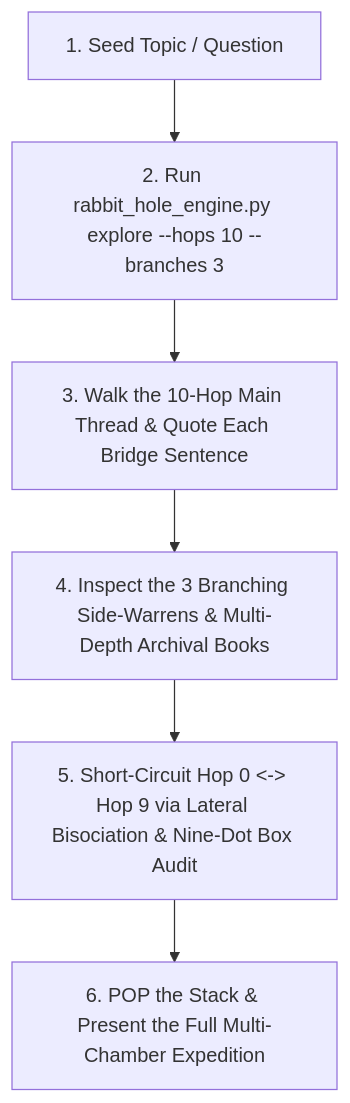
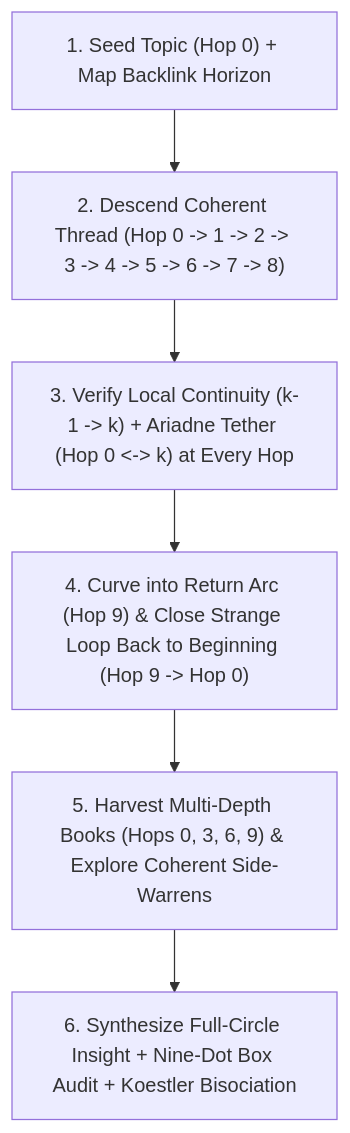
Before and after one commit to Beardedfreedom/rabbit-hole-curiosity: the diagram in SKILL.md, drawn with Mermaid. The commit also changed other lines of this file and 2 other files, not shown here.

Commit message:
Upgrade to v3.0: Coherent hop-to-hop narrative bridges + Ariadne tether + Strange-Loop return to Hop 0

````diff
--- a/SKILL.md
+++ b/SKILL.md
@@ -56,8 +55,8 @@
 ```mermaid
 flowchart TD
-    A["1. Seed Topic / Question"] --> B["2. Run rabbit_hole_engine.py explore --hops 10 --branches 3"]
-    B --> C["3. Walk the 10-Hop Main Thread & Quote Each Bridge Sentence"]
-    C --> D["4. Inspect the 3 Branching Side-Warrens & Multi-Depth Archival Books"]
-    D --> E["5. Short-Circuit Hop 0 <-> Hop 9 via Lateral Bisociation & Nine-Dot Box Audit"]
-    E --> F["6. POP the Stack & Present the Full Multi-Chamber Expedition"]
+    A["1. Seed Topic (Hop 0) + Map Backlink Horizon"] --> B["2. Descend Coherent Thread (Hop 0 -> 1 -> 2 -> 3 -> 4 -> 5 -> 6 -> 7 -> 8)"]
+    B --> C["3. Verify Local Continuity (k-1 -> k) + Ariadne Tether (Hop 0 <-> k) at Every Hop"]
+    C --> D["4. Curve into Return Arc (Hop 9) & Close Strange Loop Back to Beginning (Hop 9 -> Hop 0)"]
+    D --> E["5. Harvest Multi-Depth Books (Hops 0, 3, 6, 9) & Explore Coherent Side-Warrens"]
+    E --> F["6. Synthesize Full-Circle Insight + Nine-Dot Box Audit + Koestler Bisociation"]
 ```
````
